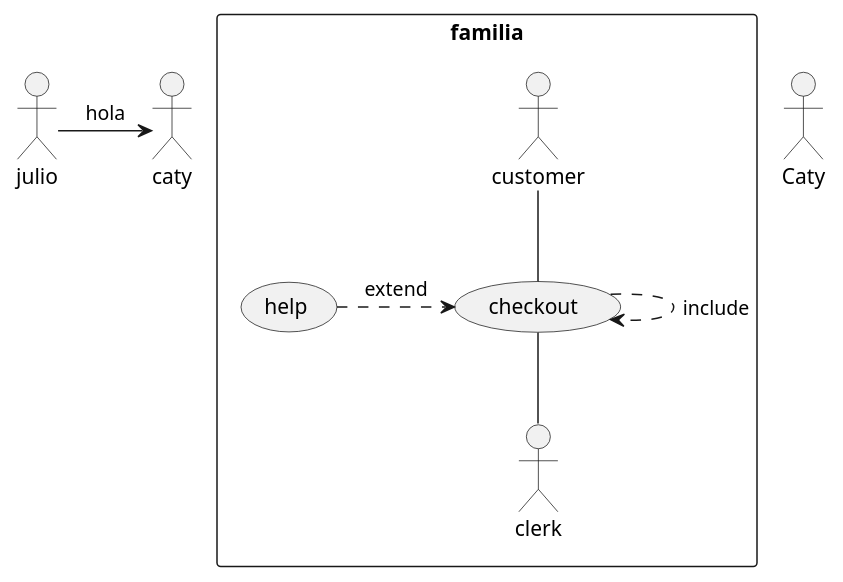
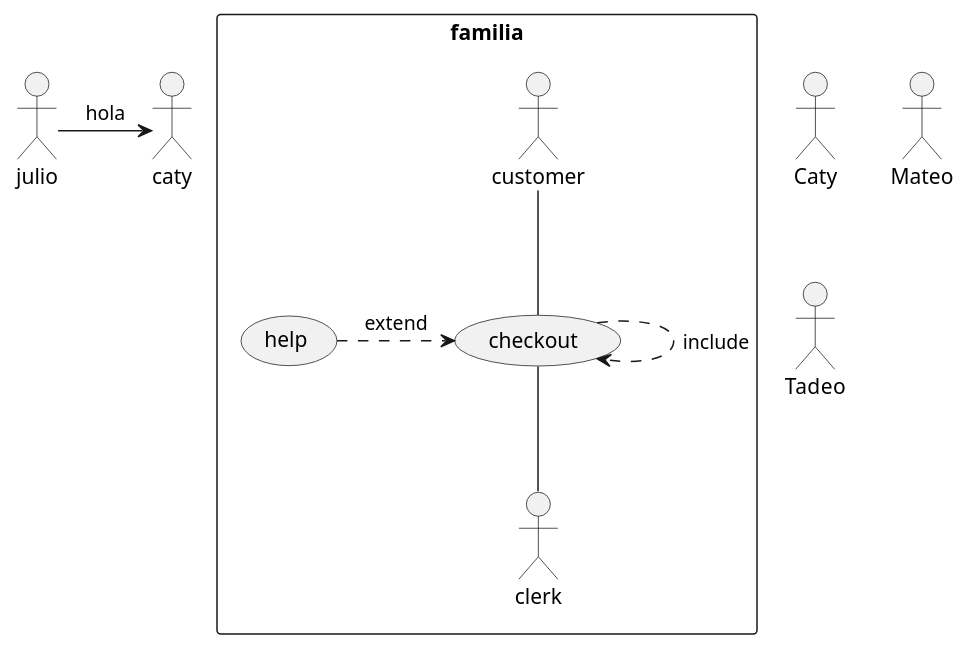
Before and after one commit to ceriasmex/architect: the diagram in diagram1.iuml, drawn with PlantUML.

Commit message:
all family

```diff
--- a/diagram1.iuml
+++ b/diagram1.iuml
@@ -1,11 +1,13 @@
 @startuml
 actor julio
 actor Caty
+actor Mateo
+actor Tadeo
 julio->caty: hola
 rectangle familia {
  customer -- (checkout)
  (checkout).>(checkout): include
  (help).>(checkout): extend 
  (checkout)--clerk
 }
 @enduml
```
